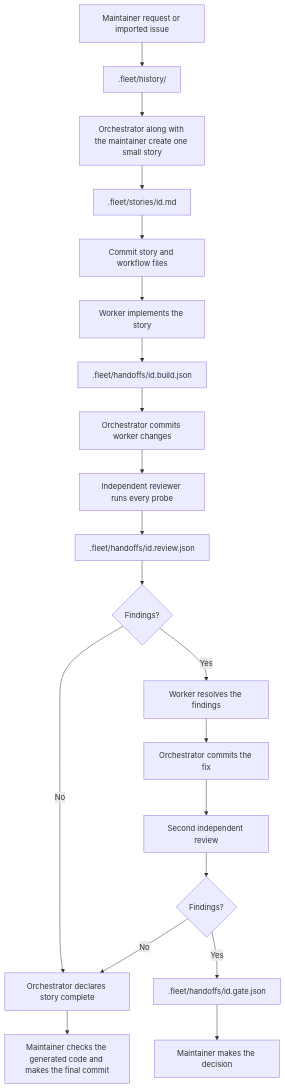
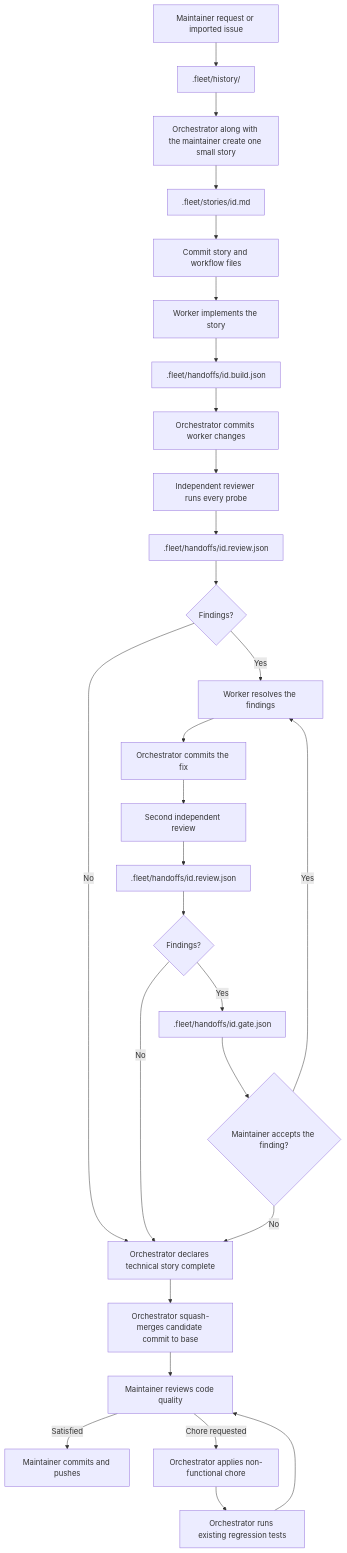
One commit to emilioSp/my-weather-station changed the diagram in CONTRIBUTING.md. Above: the diagram before and after it, drawn with Mermaid. The commit also changed other lines of this file and 2 other files, not shown here.

Commit message:
fix: add final statuses for final mantainer review

````diff
--- a/CONTRIBUTING.md
+++ b/CONTRIBUTING.md
@@ -5,22 +5,30 @@
 ```mermaid
 flowchart TD
     request[Maintainer request or imported issue] --> history[.fleet/history/]
     history --> orchestrator[Orchestrator along with the maintainer create one small story]
     orchestrator --> story[.fleet/stories/id.md]
-    story --> commit[Commit story and workflow files]
-    commit --> worker[Worker implements the story]
+    story --> setupCommit[Commit story and workflow files]
+    setupCommit --> worker[Worker implements the story]
     worker --> build[.fleet/handoffs/id.build.json]
     build --> workerCommit[Orchestrator commits worker changes]
     workerCommit --> reviewOne[Independent reviewer runs every probe]
     reviewOne --> reviewRecordOne[.fleet/handoffs/id.review.json]
     reviewRecordOne --> firstResult{Findings?}
-    firstResult -->|No| complete[Orchestrator declares story complete]
     firstResult -->|Yes| fix[Worker resolves the findings]
     fix --> fixCommit[Orchestrator commits the fix]
     fixCommit --> reviewTwo[Second independent review]
-    reviewTwo --> secondResult{Findings?}
+    reviewTwo --> reviewRecordTwo[.fleet/handoffs/id.review.json]
+    reviewRecordTwo --> secondResult{Findings?}
+    firstResult -->|No| complete[Orchestrator declares technical story complete]
     secondResult -->|No| complete
     secondResult -->|Yes| gate[.fleet/handoffs/id.gate.json]
-    complete --> inspect[Maintainer checks the generated code and makes the final commit]
-    gate --> decision[Maintainer makes the decision]
+    gate --> decision{Maintainer accepts the finding?}
+    decision -->|No| complete
+    decision -->|Yes| fix
+    complete --> toBase[Orchestrator squash-merges candidate commit to base]
+    toBase --> inspect[Maintainer reviews code quality]
+    inspect -->|Satisfied| finalCommit[Maintainer commits and pushes]
+    inspect -->|Chore requested| chore[Orchestrator applies non-functional chore]
+    chore --> regression[Orchestrator runs existing regression tests]
+    regression --> inspect
 ```
````
